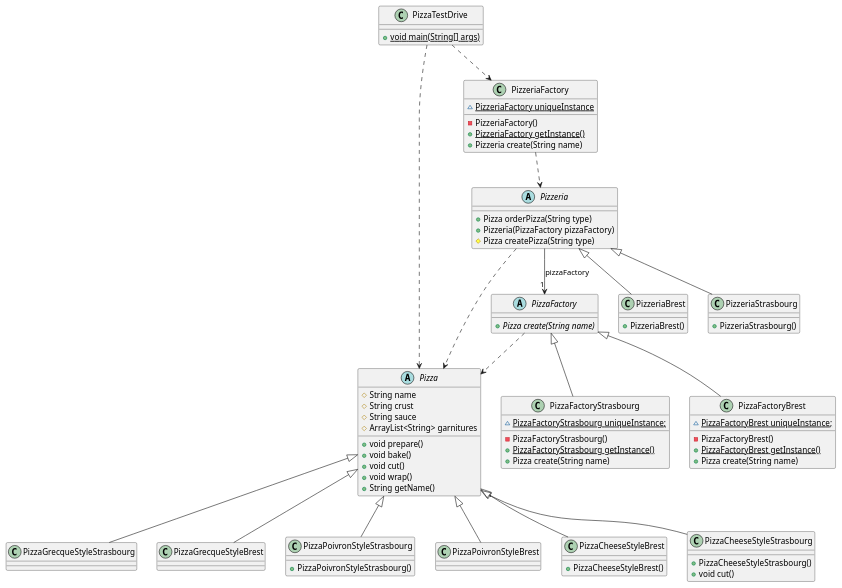
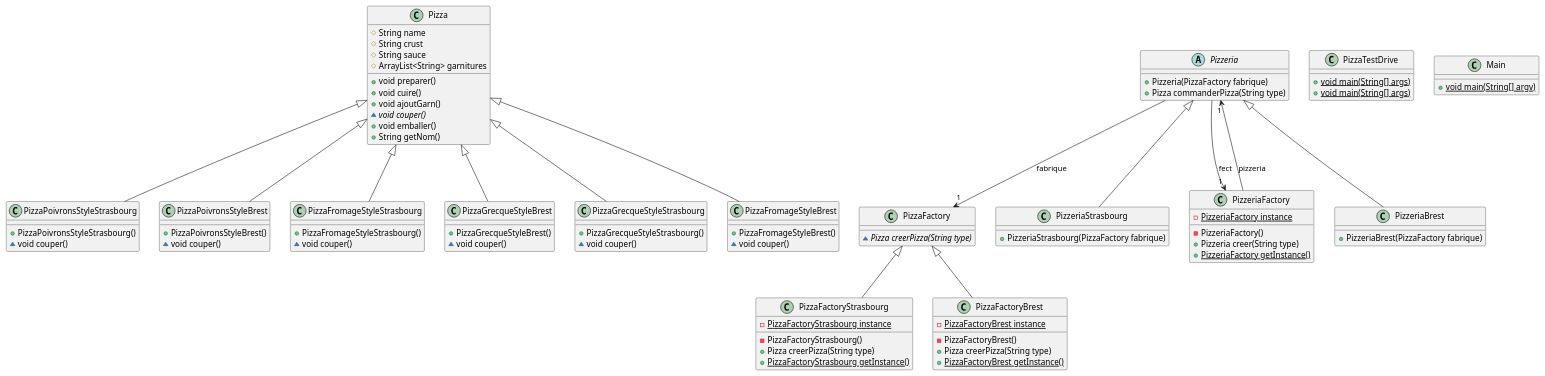
The diagram in docs/TP3.plantuml (IUT-Blagnac/cpoa-tp3-theodeveloppe), drawn with PlantUML before and after one commit. The commit also changed 2 other files, not shown here.

```diff
--- a/docs/TP3.plantuml
+++ b/docs/TP3.plantuml
@@ -1,111 +1,117 @@
 @startuml
-
-
-
-
-class PizzaTestDrive [[java:appli.PizzaTestDrive]] {
-	+{static}void main(String[] args)
+class PizzaPoivronsStyleStrasbourg [[java:PizzaPoivronsStyleStrasbourg]] {
+	+PizzaPoivronsStyleStrasbourg()
+	~void couper()
 }
-abstract class Pizza [[java:pizza.Pizza]] {
+class Pizza [[java:Pizza]] {
+}
+Pizza <|-- PizzaPoivronsStyleStrasbourg
+abstract class PizzaFactory [[java:PizzaFactory]] {
+	~{abstract}Pizza creerPizza(String type)
+}
+class PizzaPoivronsStyleBrest [[java:PizzaPoivronsStyleBrest]] {
+	+PizzaPoivronsStyleBrest()
+	~void couper()
+}
+class Pizza [[java:Pizza]] {
+}
+Pizza <|-- PizzaPoivronsStyleBrest
+class PizzeriaStrasbourg [[java:PizzeriaStrasbourg]] {
+	+PizzeriaStrasbourg(PizzaFactory fabrique)
+}
+class Pizzeria [[java:Pizzeria]] {
+}
+Pizzeria <|-- PizzeriaStrasbourg
+abstract class Pizza [[java:Pizza]] {
 	#String name
 	#String crust
 	#String sauce
 	#ArrayList<String> garnitures
-	+void prepare()
-	+void bake()
-	+void cut()
-	+void wrap()
-	+String getName()
+	+void preparer()
+	+void cuire()
+	+void ajoutGarn()
+	~{abstract}void couper()
+	+void emballer()
+	+String getNom()
 }
-
-abstract class PizzaFactory [[java:pizza.factory.PizzaFactory]] {
-	+{abstract}Pizza create(String name)
+class PizzaFactoryStrasbourg [[java:PizzaFactoryStrasbourg]] {
+	-{static}PizzaFactoryStrasbourg instance
+	-PizzaFactoryStrasbourg()
+	+Pizza creerPizza(String type)
+	+{static}PizzaFactoryStrasbourg getInstance()
 }
-
-class PizzaFactoryStrasbourg [[java:pizza.factory.impl.PizzaFactoryStrasbourg]] {
-	~{static}PizzaFactoryStrasbourg uniqueInstance;
-
-	-PizzaFactoryStrasbourg()
-	+{static}PizzaFactoryStrasbourg getInstance()
-	+Pizza create(String name)
-}
-
-class PizzaFactory [[java:pizza.factory.PizzaFactory]] {
+class PizzaFactory [[java:PizzaFactory]] {
 }
 PizzaFactory <|-- PizzaFactoryStrasbourg
-
-class PizzaFactoryBrest [[java:pizza.factory.impl.PizzaFactoryBrest]] {
-
-	~{static}PizzaFactoryBrest uniqueInstance;
-
+class PizzaTestDrive [[java:PizzaTestDrive]] {
+	+{static}void main(String[] args)
+}
+class PizzaFactoryBrest [[java:PizzaFactoryBrest]] {
+	-{static}PizzaFactoryBrest instance
 	-PizzaFactoryBrest()
+	+Pizza creerPizza(String type)
 	+{static}PizzaFactoryBrest getInstance()
-	+Pizza create(String name)
 }
-class PizzaFactory [[java:pizza.factory.PizzaFactory]] {
+class PizzaFactory [[java:PizzaFactory]] {
 }
 PizzaFactory <|-- PizzaFactoryBrest
-class PizzaGrecqueStyleStrasbourg [[java:pizza.impl.PizzaGrecqueStyleStrasbourg]] {
+class PizzeriaFactory [[java:PizzeriaFactory]] {
+	-{static}PizzeriaFactory instance
+	-PizzeriaFactory()
+	+Pizzeria creer(String type)
+	+{static}PizzeriaFactory getInstance()
 }
-abstract class Pizza [[java:pizza.Pizza]] {
+class Pizzeria [[java:Pizzeria]] {
+}
+PizzeriaFactory --> "1" Pizzeria : pizzeria
+class PizzeriaBrest [[java:PizzeriaBrest]] {
+	+PizzeriaBrest(PizzaFactory fabrique)
+}
+class Pizzeria [[java:Pizzeria]] {
+}
+Pizzeria <|-- PizzeriaBrest
+class PizzaFromageStyleStrasbourg [[java:PizzaFromageStyleStrasbourg]] {
+	+PizzaFromageStyleStrasbourg()
+	~void couper()
+}
+class Pizza [[java:Pizza]] {
+}
+Pizza <|-- PizzaFromageStyleStrasbourg
+class PizzaGrecqueStyleBrest [[java:PizzaGrecqueStyleBrest]] {
+	+PizzaGrecqueStyleBrest()
+	~void couper()
+}
+class Pizza [[java:Pizza]] {
+}
+Pizza <|-- PizzaGrecqueStyleBrest
+class PizzaGrecqueStyleStrasbourg [[java:PizzaGrecqueStyleStrasbourg]] {
+	+PizzaGrecqueStyleStrasbourg()
+	~void couper()
+}
+class Pizza [[java:Pizza]] {
 }
 Pizza <|-- PizzaGrecqueStyleStrasbourg
-class PizzaGrecqueStyleBrest [[java:pizza.impl.PizzaGrecqueStyleBrest]] {
+class Main [[java:Main]] {
+	+{static}void main(String[] argv)
 }
-
-Pizza <|-- PizzaGrecqueStyleBrest
-class PizzaPoivronStyleStrasbourg [[java:pizza.impl.PizzaPoivronStyleStrasbourg]] {
-	+PizzaPoivronStyleStrasbourg()
+class PizzaFromageStyleBrest [[java:PizzaFromageStyleBrest]] {
+	+PizzaFromageStyleBrest()
+	~void couper()
 }
-
-Pizza <|-- PizzaPoivronStyleStrasbourg
-class PizzaPoivronStyleBrest [[java:pizza.impl.PizzaPoivronStyleBrest]] {
+class Pizza [[java:Pizza]] {
 }
-
-Pizza <|-- PizzaPoivronStyleBrest
-class PizzaCheeseStyleBrest [[java:pizza.impl.PizzaCheeseStyleBrest]] {
-	+PizzaCheeseStyleBrest()
+Pizza <|-- PizzaFromageStyleBrest
+abstract class Pizzeria [[java:Pizzeria]] {
+	+Pizzeria(PizzaFactory fabrique)
+	+Pizza commanderPizza(String type)
 }
-Pizza <|-- PizzaCheeseStyleBrest
-class PizzaCheeseStyleStrasbourg [[java:pizza.impl.PizzaCheeseStyleStrasbourg]] {
-	+PizzaCheeseStyleStrasbourg()
-	+void cut()
+class PizzaFactory [[java:PizzaFactory]] {
 }
-
-
-Pizza <|-- PizzaCheeseStyleStrasbourg
-abstract class Pizzeria [[java:pizzeria.Pizzeria]] {
-	+Pizza orderPizza(String type)
-	+Pizzeria(PizzaFactory pizzaFactory)
-	#Pizza createPizza(String type)
+Pizzeria --> "1" PizzaFactory : fabrique
+class PizzeriaFactory [[java:PizzeriaFactory]] {
 }
-abstract class PizzaFactory [[java:pizza.factory.PizzaFactory]] {
+Pizzeria --> "1" PizzeriaFactory : fect
+class PizzaTestDrive [[java:PizzaTestDrive]] {
+	+{static}void main(String[] args)
 }
-Pizzeria --> "1" PizzaFactory : pizzaFactory
-class PizzeriaFactory [[java:pizzeria.factory.PizzeriaFactory]] {
-	~{static}PizzeriaFactory uniqueInstance
-	-PizzeriaFactory()
-	+{static}PizzeriaFactory getInstance()
-	+Pizzeria create(String name)
-}
-class PizzeriaBrest [[java:pizzeria.impl.PizzeriaBrest]] {
-	+PizzeriaBrest()
-}
-class Pizzeria [[java:pizzeria.Pizzeria]] {
-}
-Pizzeria <|-- PizzeriaBrest
-class PizzeriaStrasbourg [[java:pizzeria.impl.PizzeriaStrasbourg]] {
-	+PizzeriaStrasbourg()
-}
-abstract class Pizzeria [[java:pizzeria.Pizzeria]] {
-}
-Pizzeria <|-- PizzeriaStrasbourg
-
-
- PizzaTestDrive ..> PizzeriaFactory
- PizzaTestDrive ..> Pizza
- PizzeriaFactory ..> Pizzeria
- PizzaFactory ..> Pizza
- Pizzeria ..> Pizza
-
 @enduml
```
